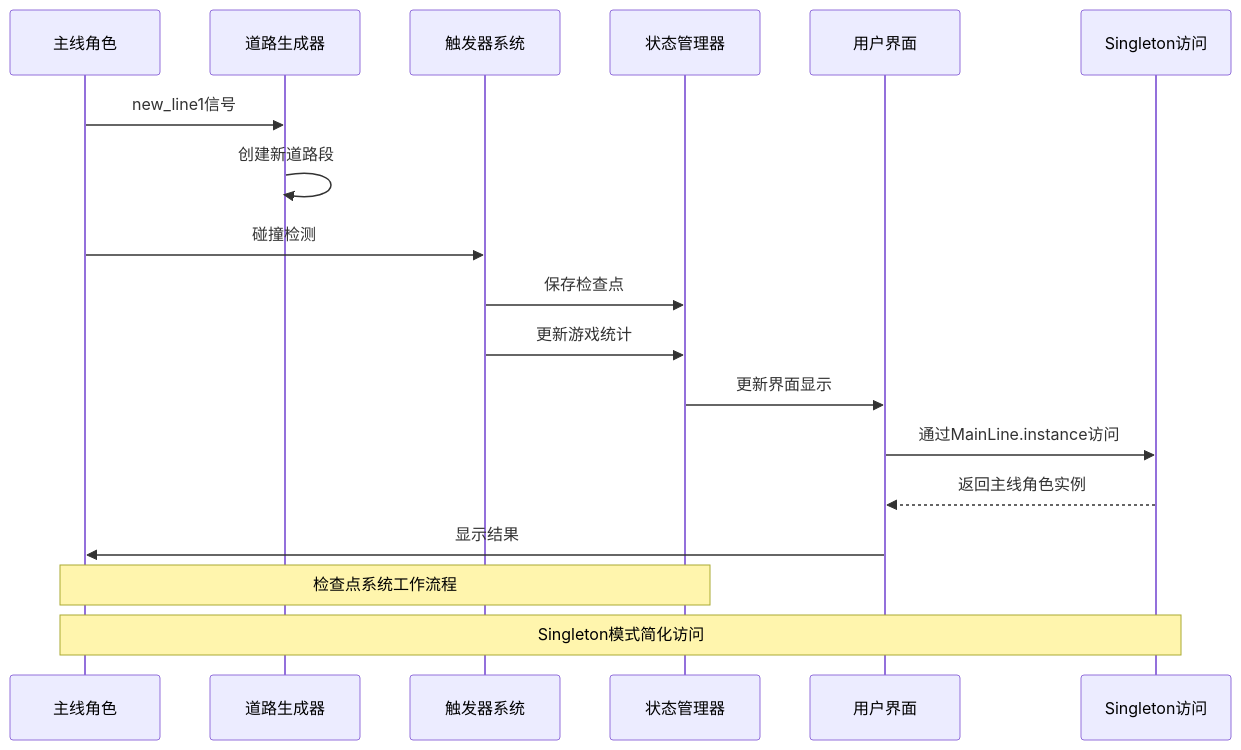
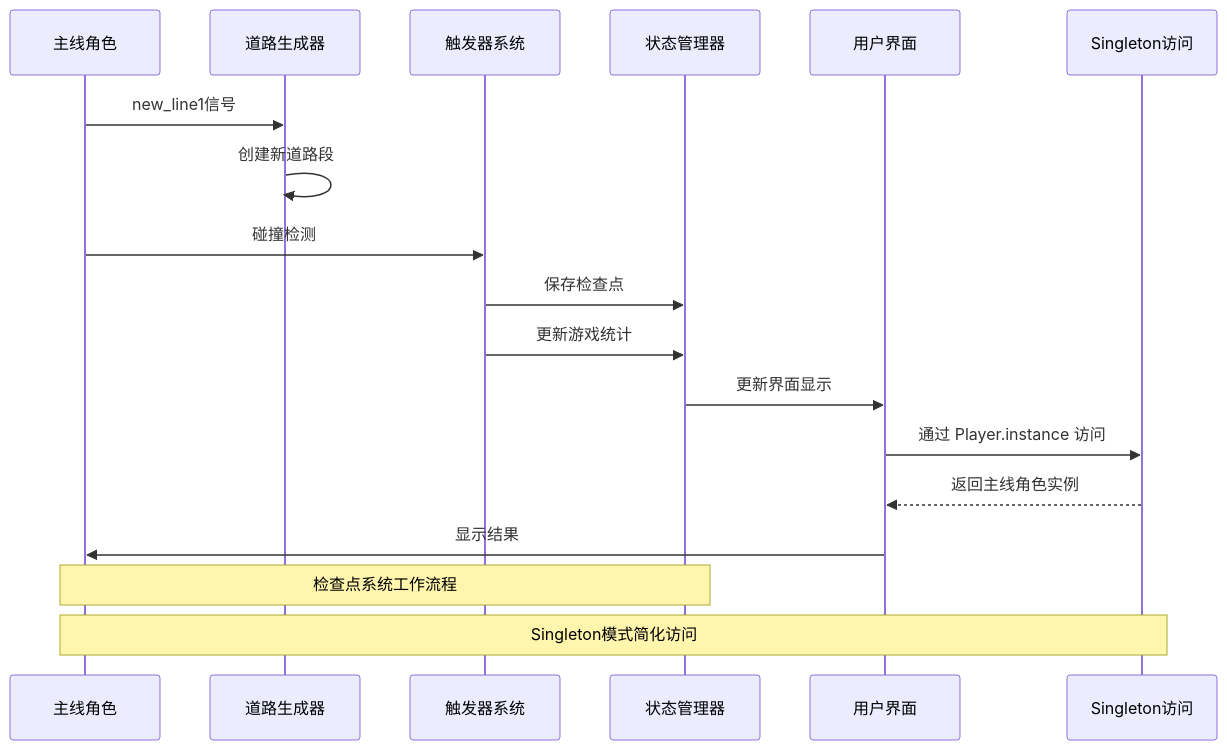
One commit to godotline/godot-line changed the second of 13 diagrams in .qoder/repowiki/zh/content/Mainline Script.md. Above: the diagram before and after it, drawn with Mermaid. The commit also changed other lines of this file and 18 other files, not shown here.

````diff
--- a/.qoder/repowiki/zh/content/Mainline Script.md
+++ b/.qoder/repowiki/zh/content/Mainline Script.md
@@ -137,20 +138,20 @@
 ```mermaid
 sequenceDiagram
 participant Player as 主线角色
 participant Road as 道路生成器
 participant Trigger as 触发器系统
 participant State as 状态管理器
 participant UI as 用户界面
 participant Singleton as Singleton访问
 Player->>Road : new_line1信号
 Road->>Road : 创建新道路段
 Player->>Trigger : 碰撞检测
 Trigger->>State : 保存检查点
 Trigger->>State : 更新游戏统计
 State->>UI : 更新界面显示
-UI->>Singleton : 通过MainLine.instance访问
+UI->>Singleton : 通过 Player.instance 访问
 Singleton-->>UI : 返回主线角色实例
 UI->>Player : 显示结果
 Note over Player,State : 检查点系统工作流程
 Note over Singleton,Player : Singleton模式简化访问
 ```
````
